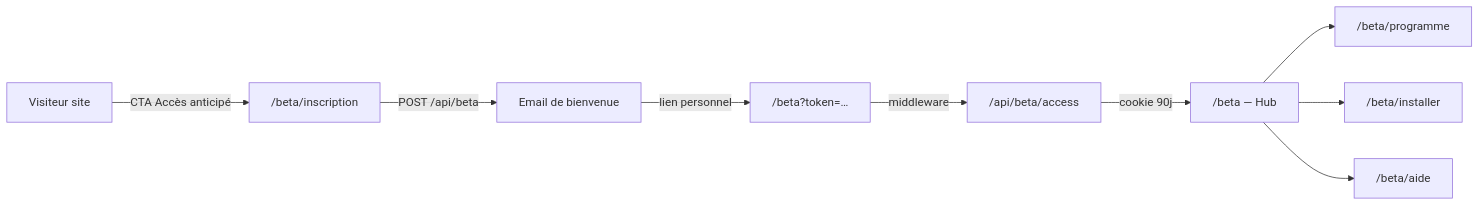
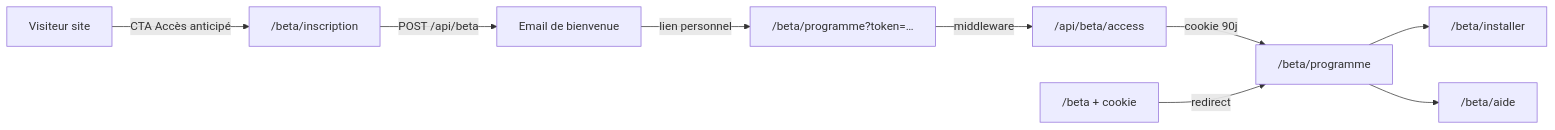
The diagram in docs/BETA_GUIDE.md (alfredgibeau-ahoussinou/PRODAY), drawn with Mermaid before and after one commit. The commit also changed other lines of this file and 8 other files, not shown here.

First line of the commit message:
feat(website): atterrir directement sur /beta/programme depuis l'email

````diff
--- a/docs/BETA_GUIDE.md
+++ b/docs/BETA_GUIDE.md
@@ -11,11 +11,11 @@
 ```mermaid
 flowchart LR
   A[Visiteur site] -->|CTA Accès anticipé| B["/beta/inscription"]
   B -->|POST /api/beta| C[Email de bienvenue]
-  C -->|lien personnel| D["/beta?token=…"]
+  C -->|lien personnel| D["/beta/programme?token=…"]
   D -->|middleware| E["/api/beta/access"]
-  E -->|cookie 90j| F["/beta — Hub"]
-  F --> G["/beta/programme"]
-  F --> H["/beta/installer"]
-  F --> I["/beta/aide"]
+  E -->|cookie 90j| F["/beta/programme"]
+  F --> G["/beta/installer"]
+  F --> H["/beta/aide"]
+  I["/beta + cookie"] -->|redirect| F
 ```
````
